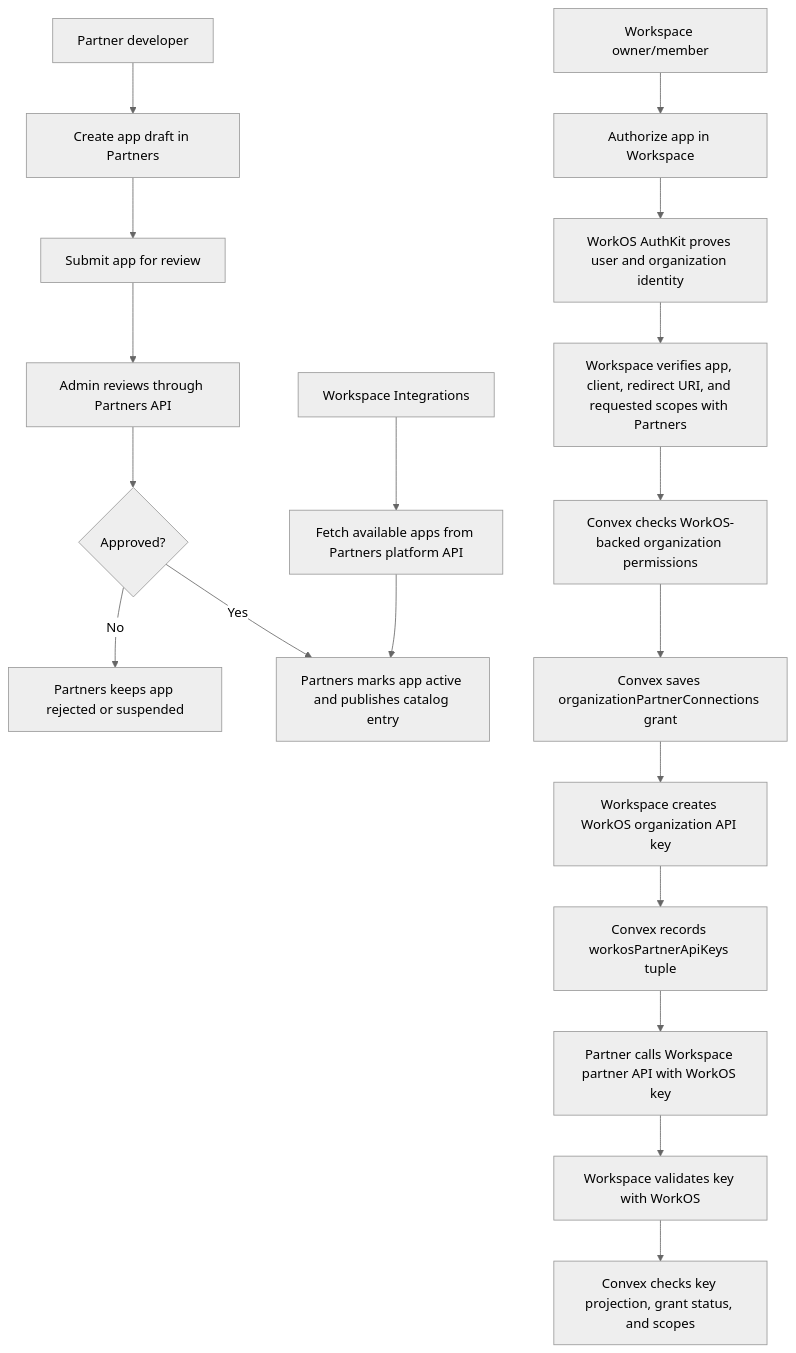
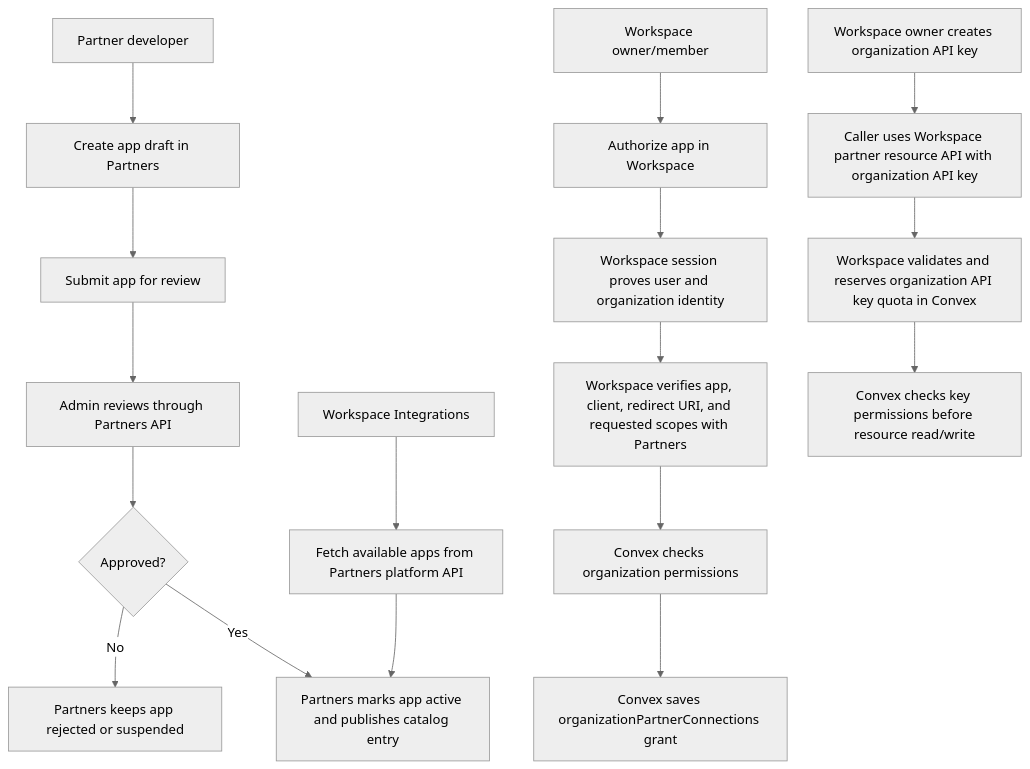
The diagram in docs/lifecycles/partner-connection-authorization/flow.md (Up-to-code/ai-p1), drawn with Mermaid (neutral theme) before and after one commit. The commit also changed other lines of this file and 496 other files, not shown here.

````diff
--- a/docs/lifecycles/partner-connection-authorization/flow.md
+++ b/docs/lifecycles/partner-connection-authorization/flow.md
@@ -5,21 +5,19 @@
 ```mermaid
 flowchart TD
   Developer["Partner developer"] --> Draft["Create app draft in Partners"]
   Draft --> Submit["Submit app for review"]
   Submit --> Admin["Admin reviews through Partners API"]
   Admin --> Decision{"Approved?"}
   Decision -- "No" --> Hidden["Partners keeps app rejected or suspended"]
   Decision -- "Yes" --> Published["Partners marks app active and publishes catalog entry"]
   WorkspaceCatalog["Workspace Integrations"] --> FetchCatalog["Fetch available apps from Partners platform API"]
   FetchCatalog --> Published
   OrgMember["Workspace owner/member"] --> Connect["Authorize app in Workspace"]
-  Connect --> WorkOSSession["WorkOS AuthKit proves user and organization identity"]
-  WorkOSSession --> Verify["Workspace verifies app, client, redirect URI, and requested scopes with Partners"]
-  Verify --> PermissionCheck["Convex checks WorkOS-backed organization permissions"]
+  Connect --> Session["Workspace session proves user and organization identity"]
+  Session --> Verify["Workspace verifies app, client, redirect URI, and requested scopes with Partners"]
+  Verify --> PermissionCheck["Convex checks organization permissions"]
   PermissionCheck --> Grant["Convex saves organizationPartnerConnections grant"]
-  Grant --> IssueKey["Workspace creates WorkOS organization API key"]
-  IssueKey --> KeyProjection["Convex records workosPartnerApiKeys tuple"]
-  KeyProjection --> PartnerApi["Partner calls Workspace partner API with WorkOS key"]
-  PartnerApi --> WorkOSValidate["Workspace validates key with WorkOS"]
-  WorkOSValidate --> Enforce["Convex checks key projection, grant status, and scopes"]
+  OrgKey["Workspace owner creates organization API key"] --> PartnerApi["Caller uses Workspace partner resource API with organization API key"]
+  PartnerApi --> ValidateKey["Workspace validates and reserves organization API key quota in Convex"]
+  ValidateKey --> Enforce["Convex checks key permissions before resource read/write"]
 ```
````
